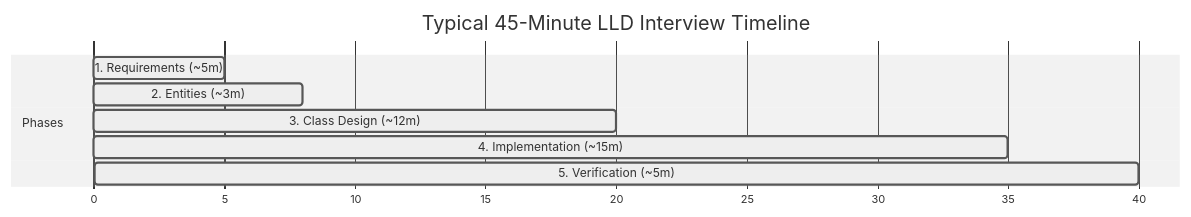
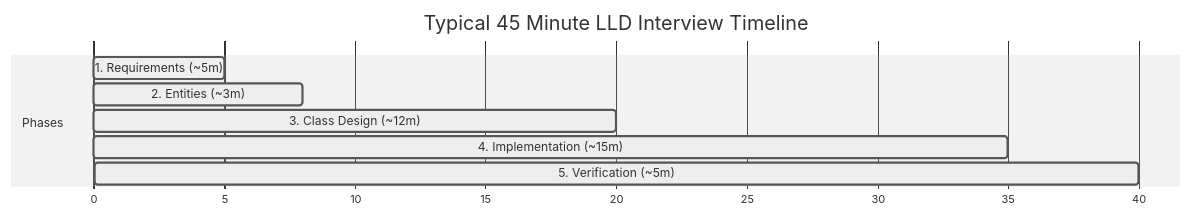
One commit to dasakash26/system-design changed the diagram in notes/2_Delivery Framework/2_Delivery Framework.md. Above: the diagram before and after it, drawn with Mermaid (neutral theme). The commit also changed other lines of this file and 33 other files, not shown here.

````diff
--- a/notes/2_Delivery Framework/2_Delivery Framework.md
+++ b/notes/2_Delivery Framework/2_Delivery Framework.md
@@ -17,12 +17,12 @@
 ```mermaid
 gantt
-    title Typical 45-Minute LLD Interview Timeline
+    title Typical 45 Minute LLD Interview Timeline
     dateFormat  X
     axisFormat %s
     section Phases
     1. Requirements (~5m) :active, p1, 0, 5
     2. Entities (~3m)      :active, p2, 5, 8
     3. Class Design (~12m) :active, p3, 8, 20
     4. Implementation (~15m):active, p4, 20, 35
     5. Verification (~5m)  :active, p5, 35, 40
 ```
````
